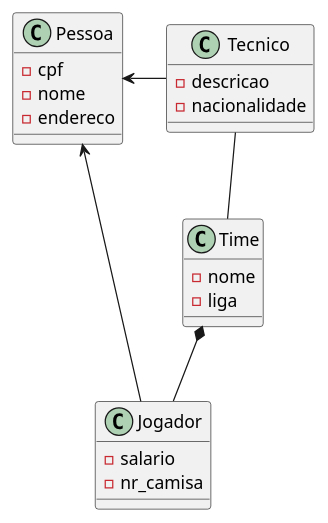
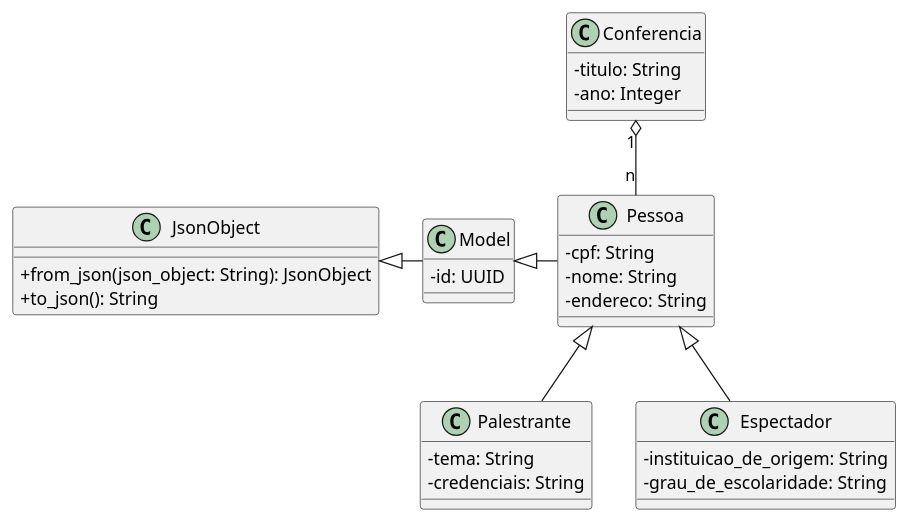
Before and after one commit to lucas-dolsan/dsd-socket-t1: the diagram in docs/classes.puml, drawn with PlantUML. The commit also changed 22 other files, not shown here.

```diff
--- a/docs/classes.puml
+++ b/docs/classes.puml
@@ -1,29 +1,42 @@
 @startuml classes
+skinparam classAttributeIconSize 0
+
+class JsonObject {
+  + from_json(json_object: String): JsonObject
+  + to_json(): String
+}
+
+Class Model {
+  - id: UUID 
+}
 
 class Pessoa {
-  -cpf
-  -nome
-  -endereco
+  -  cpf: String
+  -  nome: String
+  -  endereco: String
 }
 
-class Jogador {
-  -salario
-  -nr_camisa
+class Palestrante {
+  - tema: String
+  - credenciais: String
 }
 
-class Time {
-  -nome
-  -liga
+class Conferencia {
+  - titulo: String
+  - ano: Integer
 }
 
-class Tecnico {
-  -descricao
-  -nacionalidade
+class Espectador {
+  - instituicao_de_origem: String
+  - grau_de_escolaridade: String
 }
 
-Tecnico -- Time
-Time *-- Jogador
-Pessoa <- Jogador
-Pessoa <- Tecnico
+JsonObject <|- Model
+Model <|- Pessoa
+
+Conferencia "1" o-- "n" Pessoa
+
+Pessoa <|-- Espectador
+Pessoa <|-- Palestrante
 
 @enduml
```
